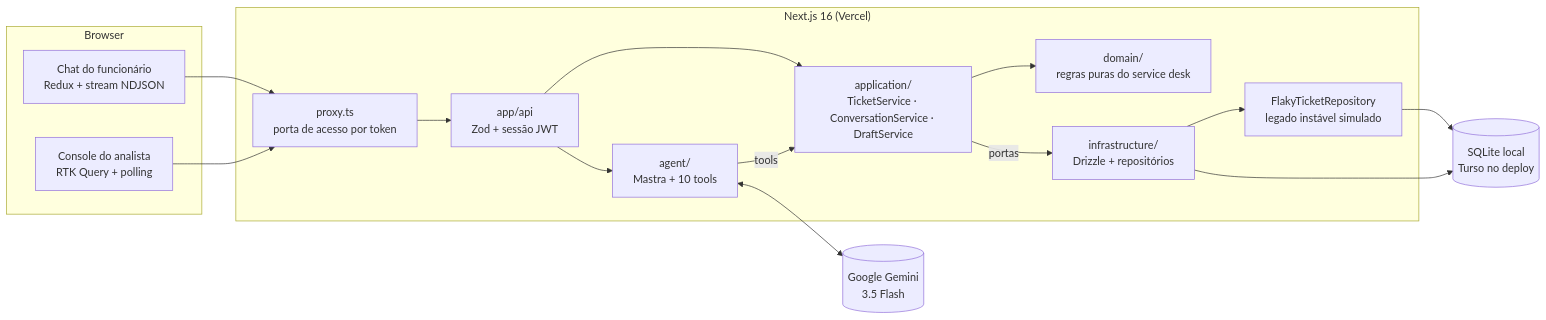
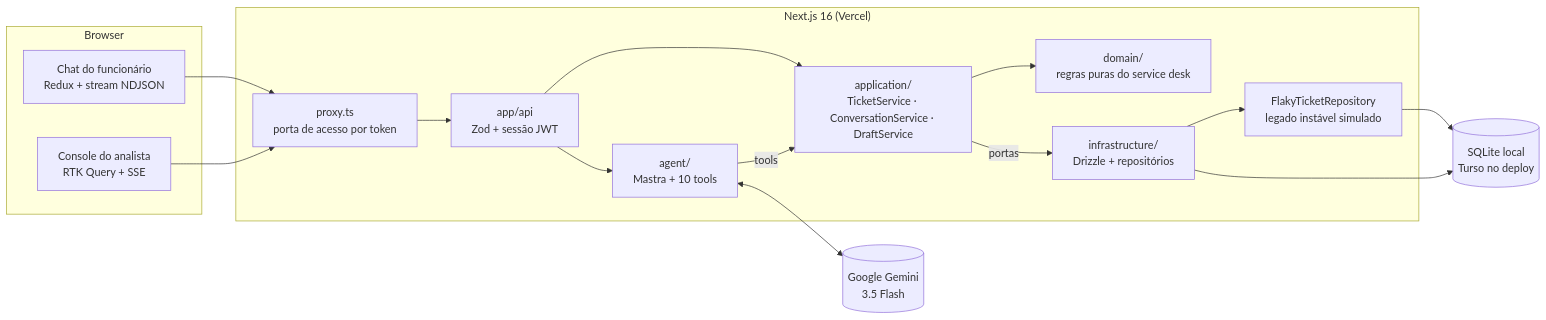
Before and after one commit to skarL007/nexo-assist: the first of 3 diagrams in README.md, drawn with Mermaid. The commit also changed other lines of this file and 9 other files, not shown here.

````diff
--- a/README.md
+++ b/README.md
@@ -77,33 +82,33 @@
 ```mermaid
 flowchart LR
   subgraph Browser
     UI["Chat do funcionário<br/>Redux + stream NDJSON"]
-    CON["Console do analista<br/>RTK Query + polling"]
+    CON["Console do analista<br/>RTK Query + SSE"]
   end
 
   subgraph Next["Next.js 16 (Vercel)"]
     PX["proxy.ts<br/>porta de acesso por token"]
     API["app/api<br/>Zod + sessão JWT"]
     AG["agent/<br/>Mastra + 10 tools"]
     APP["application/<br/>TicketService · ConversationService · DraftService"]
     DOM["domain/<br/>regras puras do service desk"]
     INF["infrastructure/<br/>Drizzle + repositórios"]
     LEG["FlakyTicketRepository<br/>legado instável simulado"]
   end
 
   GEM[("Google Gemini<br/>3.5 Flash")]
   DB[("SQLite local<br/>Turso no deploy")]
 
   UI --> PX
   CON --> PX
   PX --> API
   API --> AG
   API --> APP
   AG -- "tools" --> APP
   AG <--> GEM
   APP --> DOM
   APP -- "portas" --> INF
   INF --> LEG
   LEG --> DB
   INF --> DB
 ```
````
